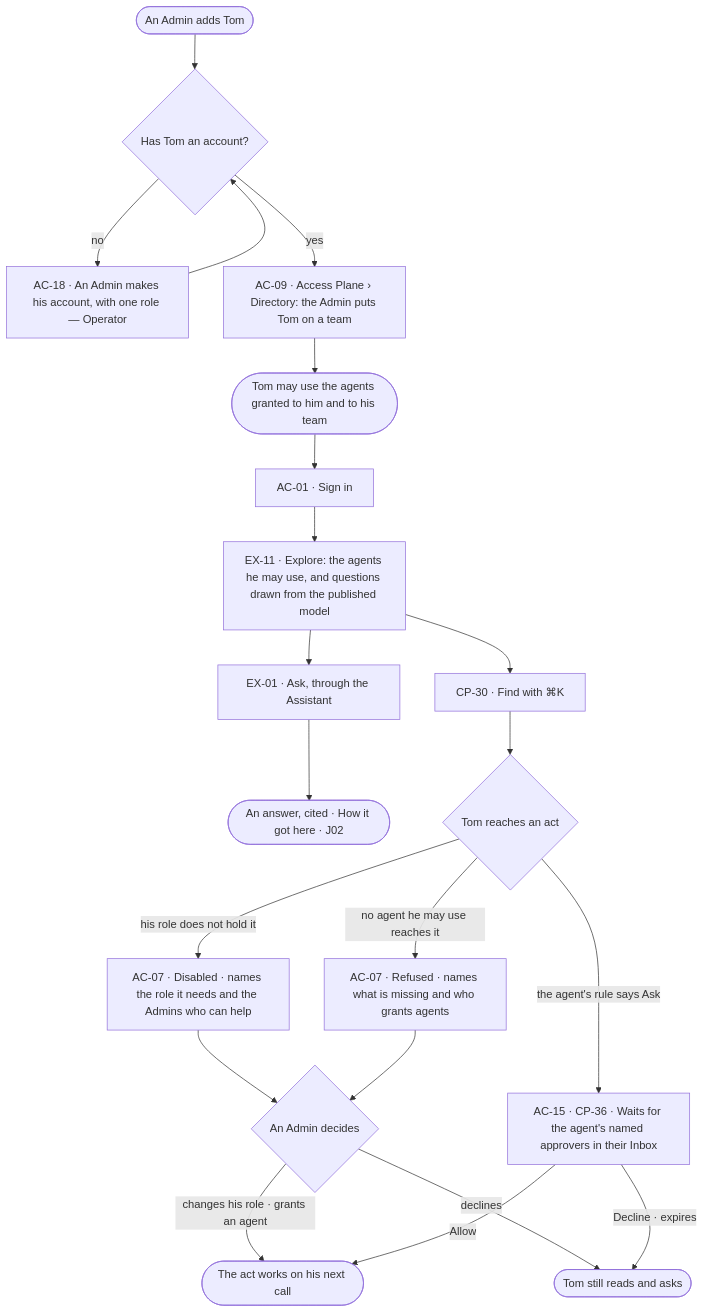
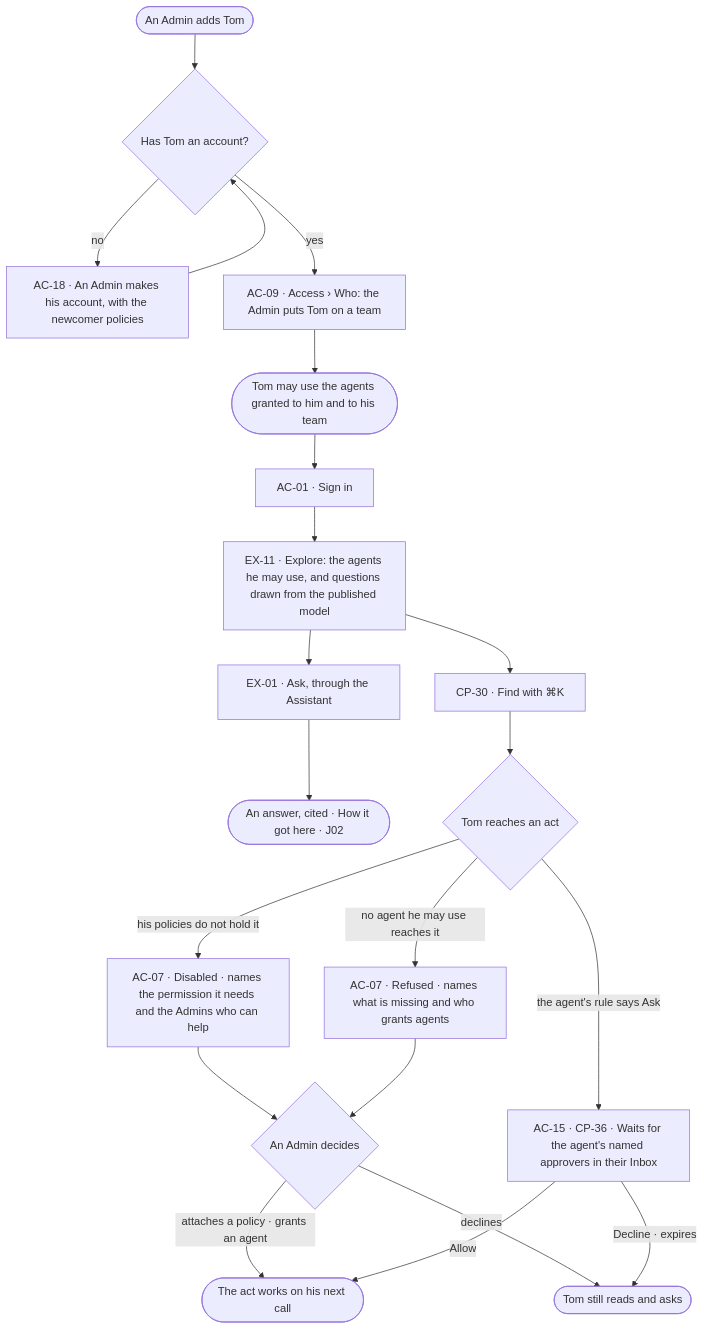
Before and after one commit to invana/invana: the diagram in specs/journeys/J05-join-a-team.md, drawn with Mermaid. The commit also changed other lines of this file and 456 other files, not shown here.

````diff
--- a/specs/journeys/J05-join-a-team.md
+++ b/specs/journeys/J05-join-a-team.md
@@ -16,21 +16,21 @@
 ```mermaid
 flowchart TD
   P([An Admin adds Tom]) --> Q{"Has Tom an account?"}
-  Q -->|no| Q2["AC-18 · An Admin makes his account, with one role — Operator"] --> Q
-  Q -->|yes| T["AC-09 · Access Plane › Directory: the Admin puts Tom on a team"]
+  Q -->|no| Q2["AC-18 · An Admin makes his account, with the newcomer policies"] --> Q
+  Q -->|yes| T["AC-09 · Access › Who: the Admin puts Tom on a team"]
   T --> A(["Tom may use the agents granted to him and to his team"])
   A --> B["AC-01 · Sign in"]
   B --> D["EX-11 · Explore: the agents he may use, and questions drawn from the published model"]
   D --> E["EX-01 · Ask, through the Assistant"]
   E --> F(["An answer, cited · How it got here · J02"])
   D --> G["CP-30 · Find with ⌘K"]
   G --> H{"Tom reaches an act"}
-  H -->|his role does not hold it| I["AC-07 · Disabled · names the role it needs and the Admins who can help"]
+  H -->|his policies do not hold it| I["AC-07 · Disabled · names the permission it needs and the Admins who can help"]
   I --> K{"An Admin decides"}
-  K -->|changes his role · grants an agent| M(["The act works on his next call"])
+  K -->|attaches a policy · grants an agent| M(["The act works on his next call"])
   K -->|declines| N(["Tom still reads and asks"])
   H -->|the agent's rule says Ask| AS["AC-15 · CP-36 · Waits for the agent's named approvers in their Inbox"]
   AS -->|Allow| M
   AS -->|Decline · expires| N
   H -->|no agent he may use reaches it| R["AC-07 · Refused · names what is missing and who grants agents"] --> K
 ```
````
